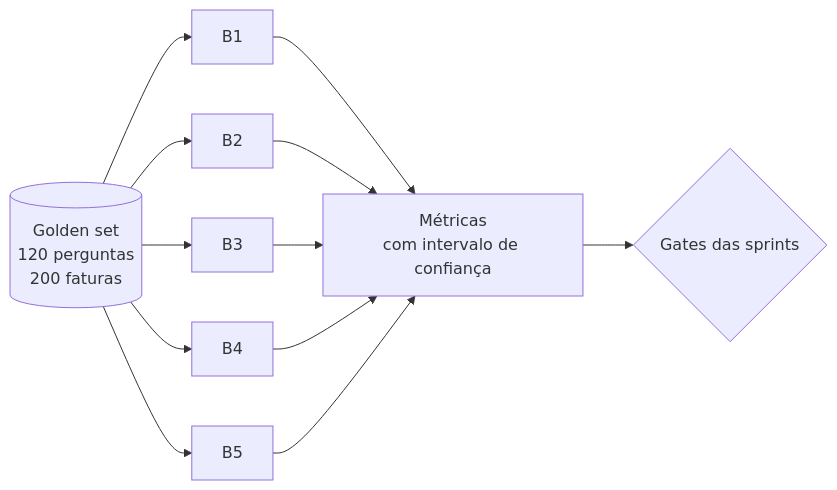
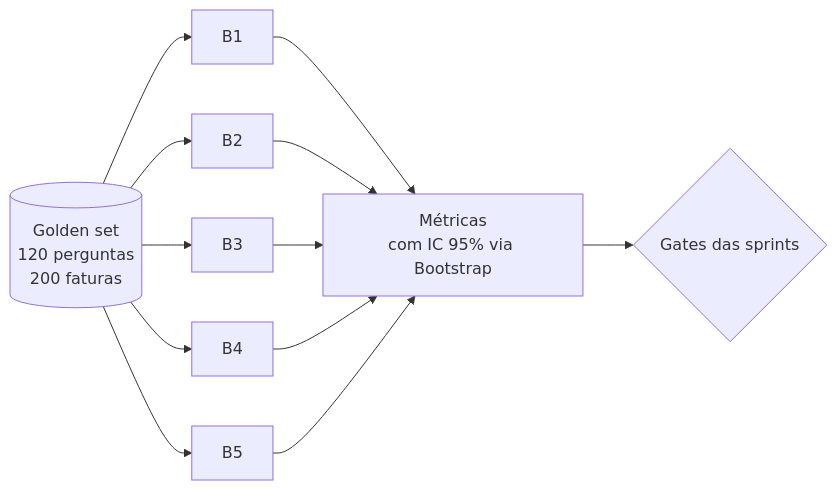
The diagram in docs/avaliacao/index.md (grupo-8-residencia/Fatura-Aberta), drawn with Mermaid before and after one commit. The commit also changed other lines of this file and 18 other files, not shown here.

````diff
--- a/docs/avaliacao/index.md
+++ b/docs/avaliacao/index.md
@@ -13,6 +15,6 @@
 ```mermaid
 flowchart LR
     G[(Golden set<br/>120 perguntas<br/>200 faturas)] --> B1 & B2 & B3 & B4 & B5
-    B1 & B2 & B3 & B4 & B5 --> M[Métricas<br/>com intervalo de confiança]
+    B1 & B2 & B3 & B4 & B5 --> M[Métricas<br/>com IC 95% via Bootstrap]
     M --> D{Gates das sprints}
 ```
````
